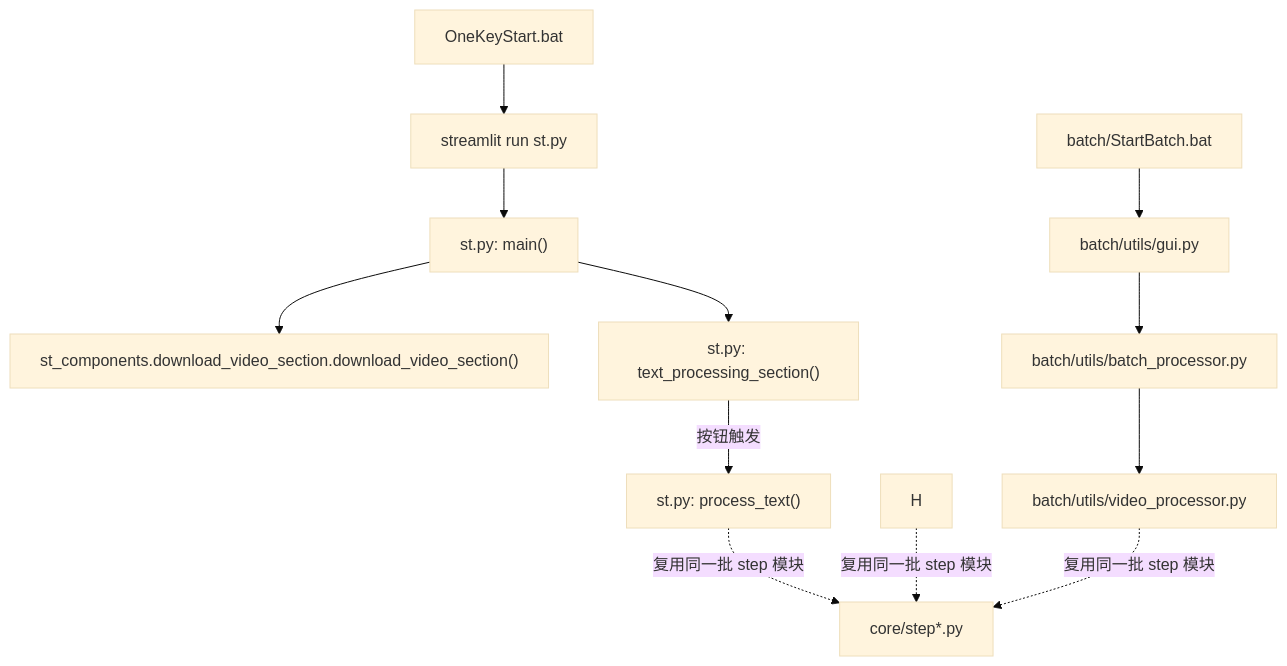
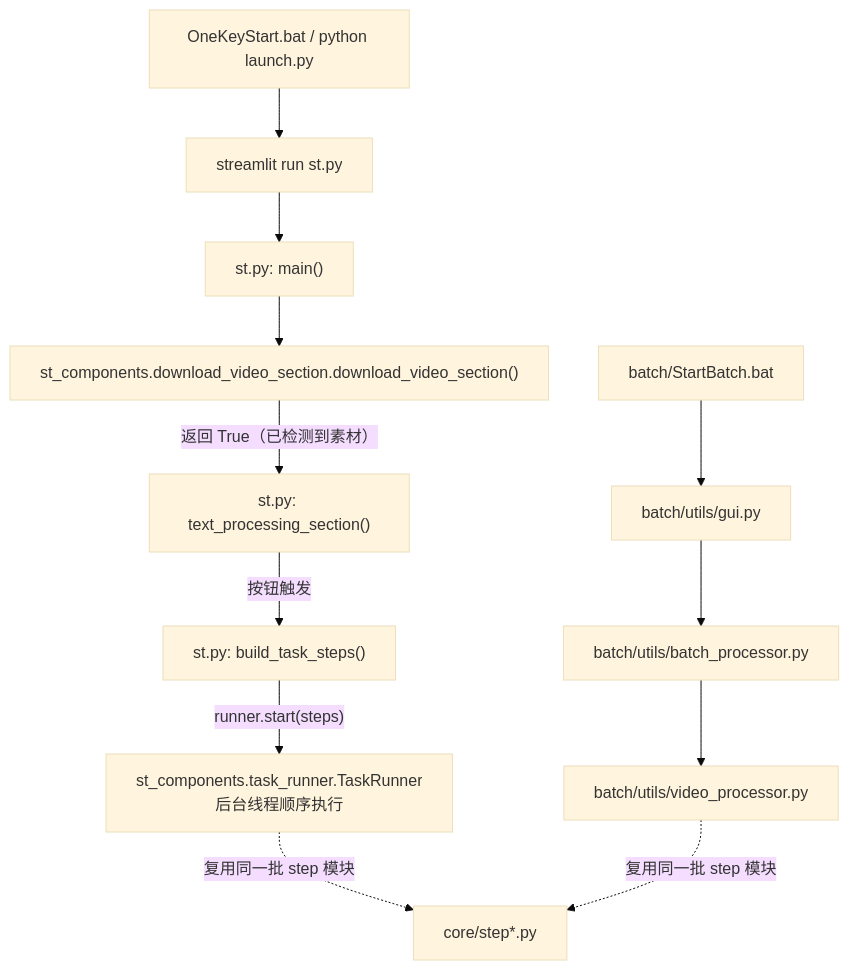
Before and after one commit to Brzjomo/VideoLingoMove: the first of 2 diagrams in devdocs/00-overview/01-项目总览与架构.md, drawn with Mermaid (base theme). The commit also changed other lines of this file and 30 other files, not shown here.

````diff
--- a/devdocs/00-overview/01-项目总览与架构.md
+++ b/devdocs/00-overview/01-项目总览与架构.md
@@ -73,16 +87,16 @@
 ```mermaid
 flowchart TD
-    A["OneKeyStart.bat"] --> B["streamlit run st.py"]
+    A["OneKeyStart.bat / python launch.py"] --> B["streamlit run st.py"]
     B --> C["st.py: main()"]
     C --> D["st_components.download_video_section.download_video_section()"]
-    C --> E["st.py: text_processing_section()"]
-    E -->|"按钮触发"| G["st.py: process_text()"]
+    D -->|"返回 True（已检测到素材）"| E["st.py: text_processing_section()"]
+    E -->|"按钮触发"| G["st.py: build_task_steps()"]
+    G -->|"runner.start(steps)"| H["st_components.task_runner.TaskRunner<br/>后台线程顺序执行"]
 
     B2["batch/StartBatch.bat"] --> C2["batch/utils/gui.py"]
     C2 --> D2["batch/utils/batch_processor.py"]
     D2 --> E2["batch/utils/video_processor.py"]
 
-    G -.->|"复用同一批 step 模块"| I["core/step*.py"]
-    H -.->|"复用同一批 step 模块"| I
+    H -.->|"复用同一批 step 模块"| I["core/step*.py"]
     E2 -.->|"复用同一批 step 模块"| I
 ```
````
